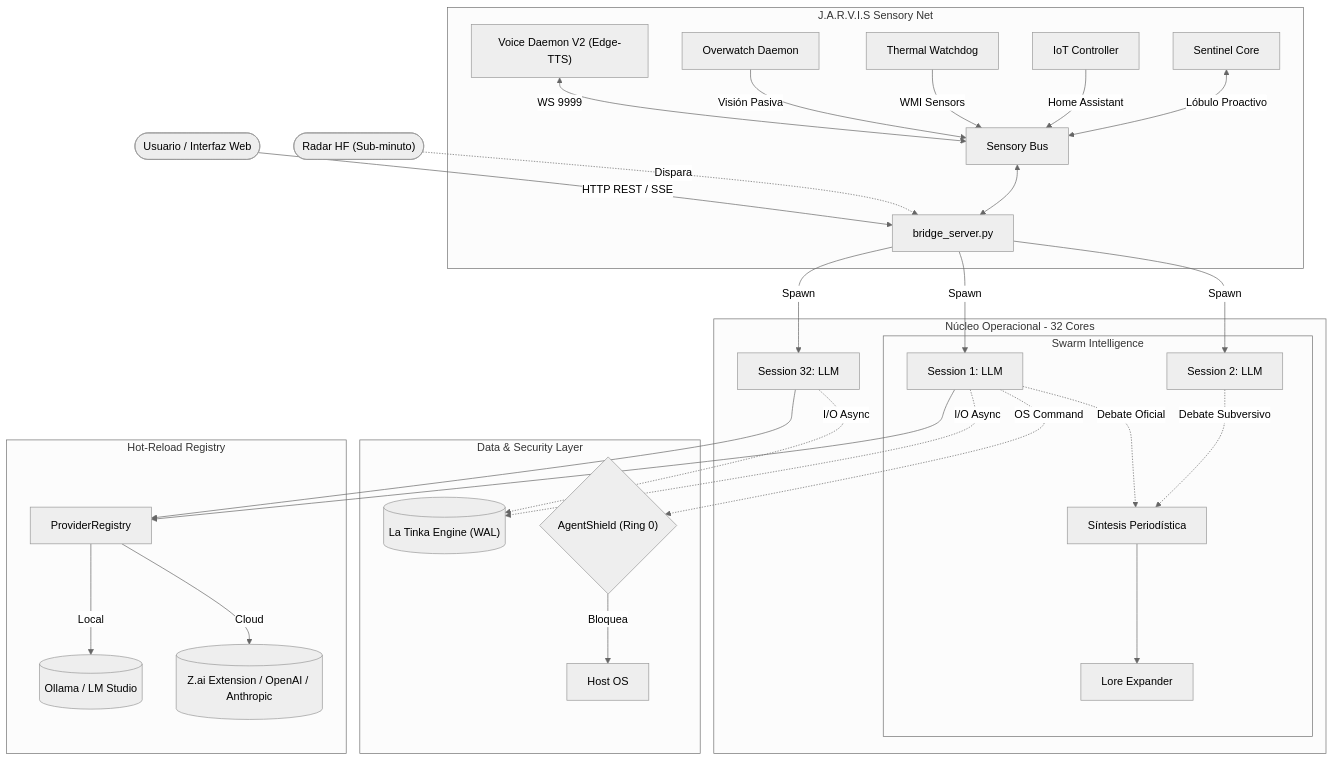
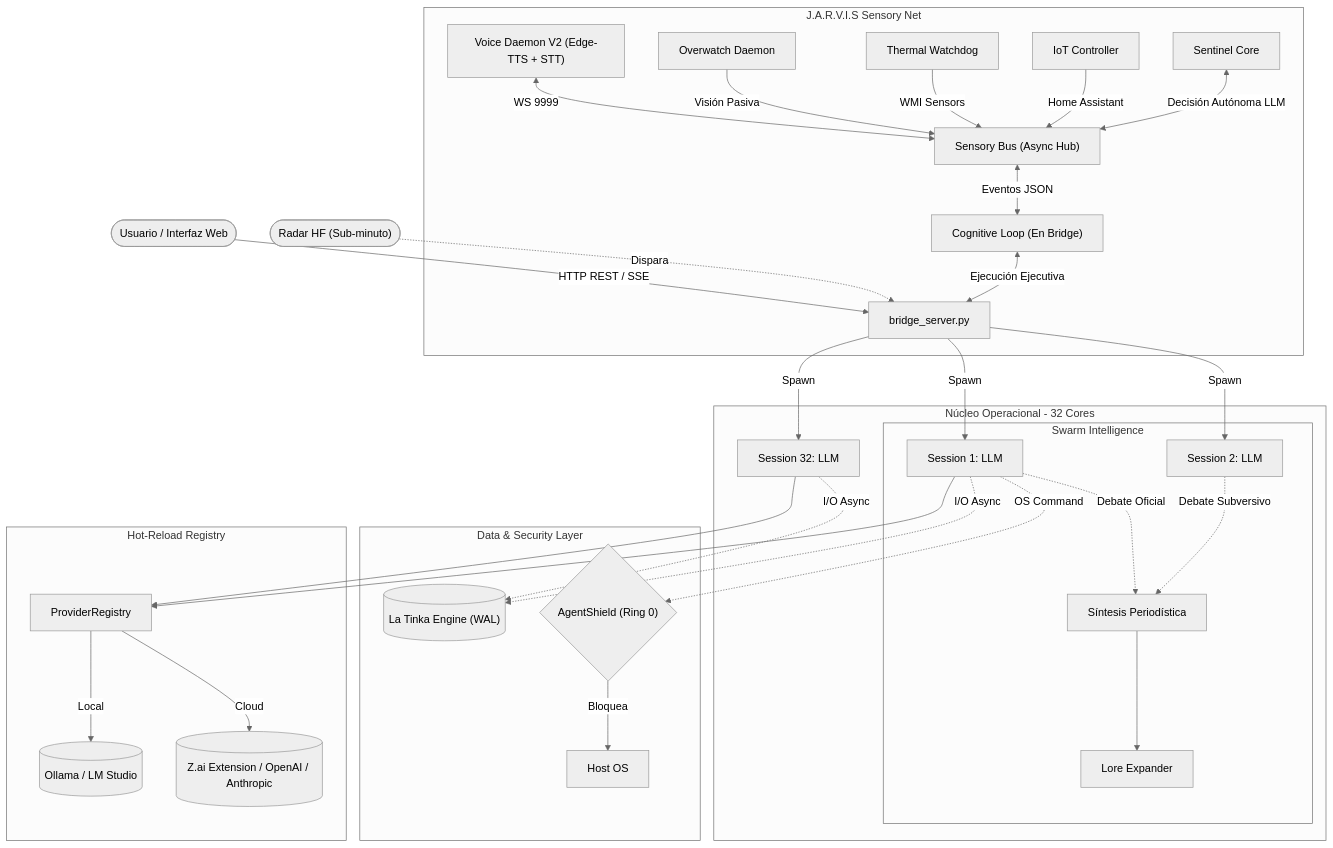
The first of 2 diagrams in README.md (DarckRovert/Gravity_AI_bridge), drawn with Mermaid (neutral theme) before and after one commit. The commit also changed other lines of this file and 2 other files, not shown here.

Commit message:
docs: Update documentation for V16.14 PRO Cognitive-Tier and JARVIS Loop

````diff
--- a/README.md
+++ b/README.md
@@ -33,40 +33,41 @@
 ```mermaid
 graph TD
     User(["Usuario / Interfaz Web"]) -->|HTTP REST / SSE| Bridge["bridge_server.py"]
     Radar(["Radar HF (Sub-minuto)"]) -.->|Dispara| Bridge
     
     subgraph J.A.R.V.I.S Sensory Net
-        Voice["Voice Daemon V2 (Edge-TTS)"] <-->|WS 9999| Bus["Sensory Bus"]
+        Voice["Voice Daemon V2 (Edge-TTS + STT)"] <-->|WS 9999| Bus["Sensory Bus (Async Hub)"]
         Vision["Overwatch Daemon"] -->|Visión Pasiva| Bus
         Thermal["Thermal Watchdog"] -->|WMI Sensors| Bus
         IoT["IoT Controller"] -->|Home Assistant| Bus
-        Sentinel["Sentinel Core"] <-->|Lóbulo Proactivo| Bus
-        Bus <--> Bridge
+        Sentinel["Sentinel Core"] <-->|Decisión Autónoma LLM| Bus
+        Bus <-->|Eventos JSON| CogLoop["Cognitive Loop (En Bridge)"]
+        CogLoop <-->|Ejecución Ejecutiva| Bridge
     end
     subgraph Gravity Core [Núcleo Operacional - 32 Cores]
         Bridge -->|Spawn| Worker1[Session 1: LLM]
         Bridge -->|Spawn| Worker2[Session 2: LLM]
         Bridge -->|Spawn| WorkerN[Session 32: LLM]
         
         subgraph Swarm Intelligence
             Worker1 -.->|Debate Oficial| Editor
             Worker2 -.->|Debate Subversivo| Editor
             Editor[Síntesis Periodística] --> Lore[Lore Expander]
         end
     end
     
     subgraph Data & Security Layer
         Worker1 -.->|I/O Async| Tinka[("La Tinka Engine (WAL)")]
         WorkerN -.->|I/O Async| Tinka
         Worker1 -.->|OS Command| Shield{"AgentShield (Ring 0)"}
         Shield -->|Bloquea| OS["Host OS"]
     end
     
     subgraph Hot-Reload Registry
         Registry["ProviderRegistry"] -->|Local| Ollama[("Ollama / LM Studio")]
         Registry -->|Cloud| Cloud[("Z.ai Extension / OpenAI / Anthropic")]
     end
     
     Worker1 --> Registry
     WorkerN --> Registry
 ```
````
